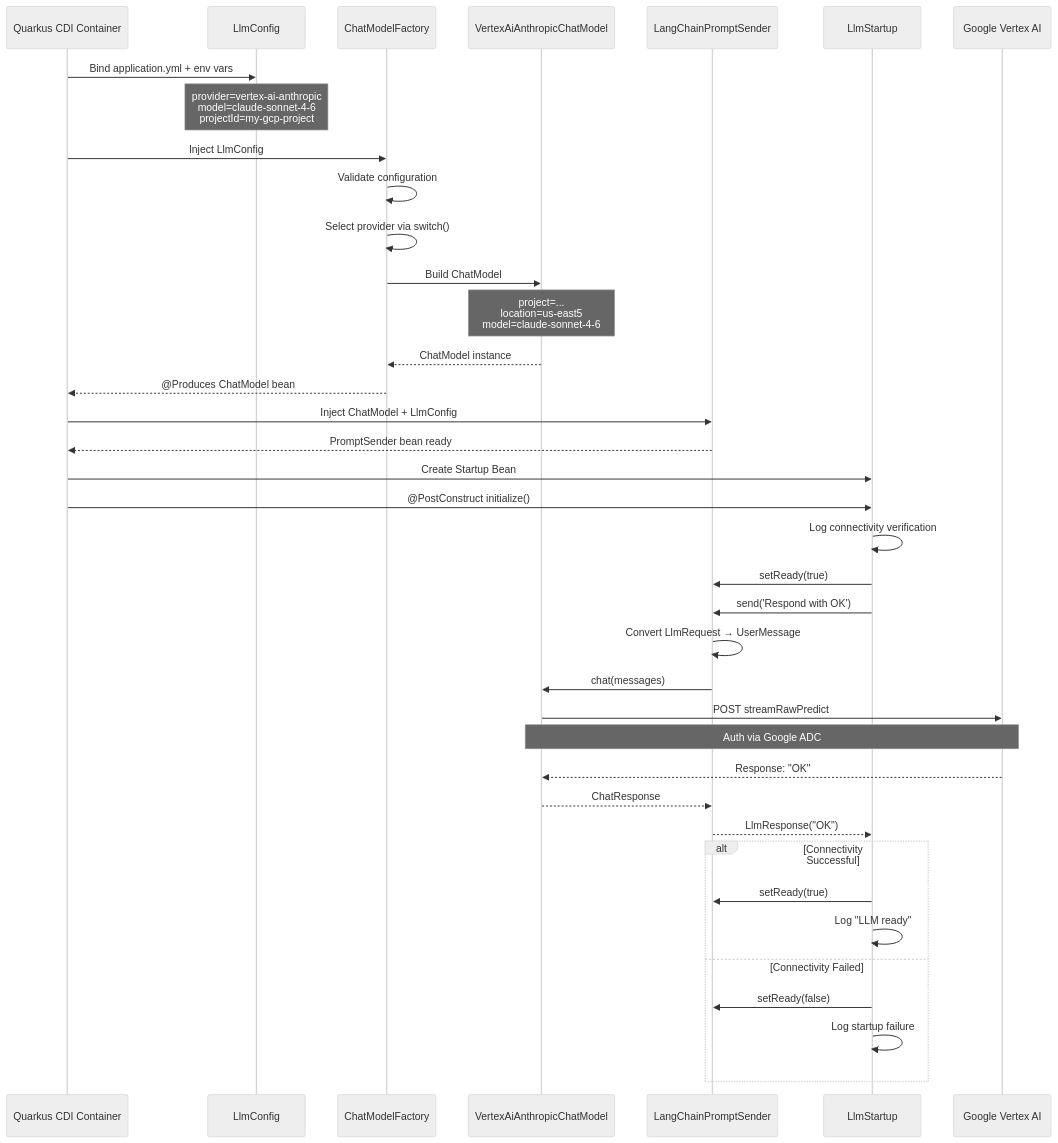
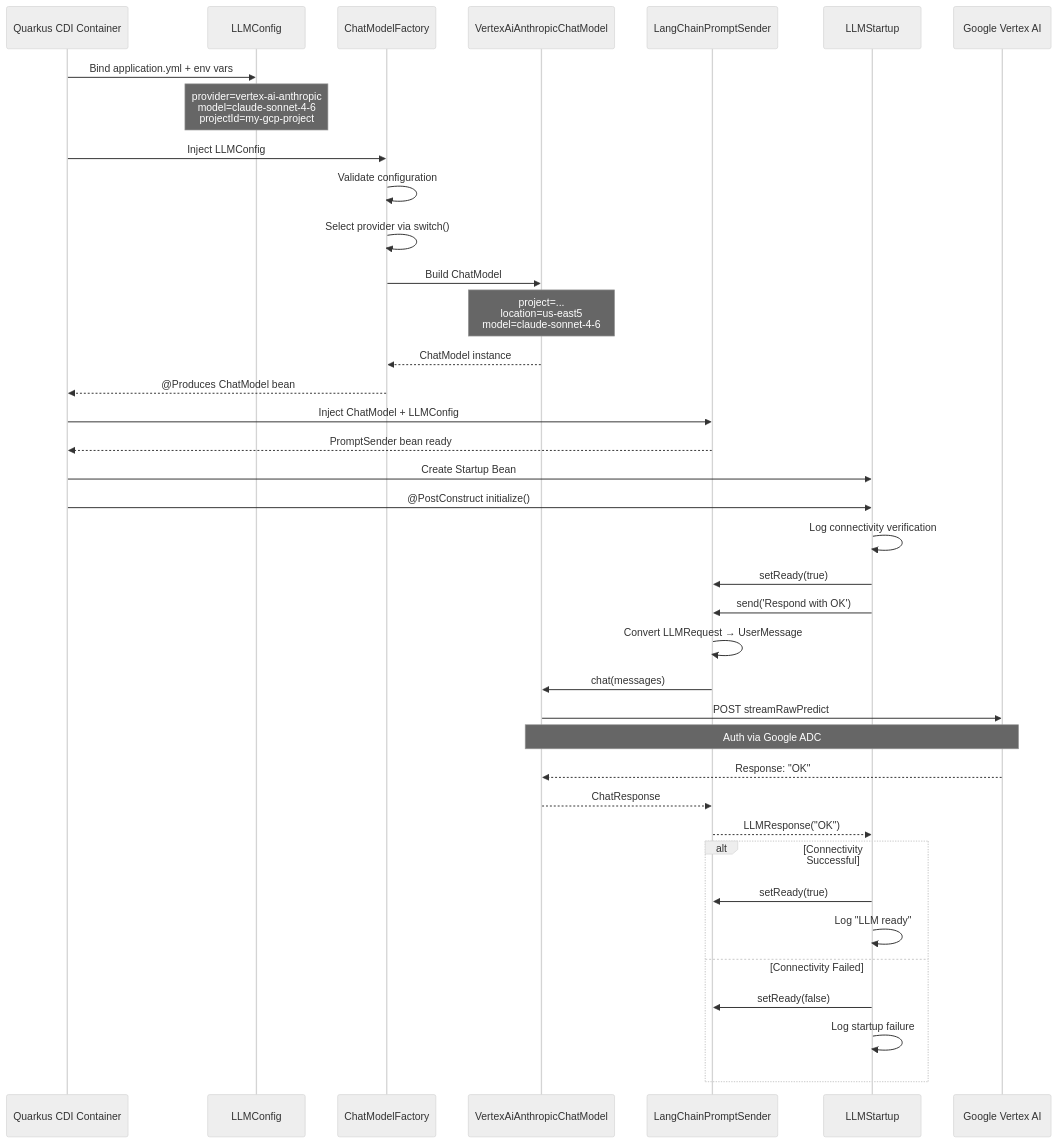
One commit to shekhar316/causa-backend changed the second of 3 diagrams in docs/architecture/llm-module.md. Above: the diagram before and after it, drawn with Mermaid (neutral theme). The commit also changed other lines of this file and 15 other files, not shown here.

````diff
--- a/docs/architecture/llm-module.md
+++ b/docs/architecture/llm-module.md
@@ -81,57 +81,57 @@
 ```mermaid
 sequenceDiagram
     participant Q as Quarkus CDI Container
-    participant C as LlmConfig
+    participant C as LLMConfig
     participant F as ChatModelFactory
     participant M as VertexAiAnthropicChatModel
     participant P as LangChainPromptSender
-    participant S as LlmStartup
+    participant S as LLMStartup
     participant V as Google Vertex AI
 
     Q->>C: Bind application.yml + env vars
     Note over C: provider=vertex-ai-anthropic<br/>model=claude-sonnet-4-6<br/>projectId=my-gcp-project
 
-    Q->>F: Inject LlmConfig
+    Q->>F: Inject LLMConfig
 
     F->>F: Validate configuration
     F->>F: Select provider via switch()
 
     F->>M: Build ChatModel
     Note over M: project=...<br/>location=us-east5<br/>model=claude-sonnet-4-6
 
     M-->>F: ChatModel instance
     F-->>Q: @Produces ChatModel bean
 
-    Q->>P: Inject ChatModel + LlmConfig
+    Q->>P: Inject ChatModel + LLMConfig
     P-->>Q: PromptSender bean ready
 
     Q->>S: Create Startup Bean
     Q->>S: @PostConstruct initialize()
 
     S->>S: Log connectivity verification
 
     S->>P: setReady(true)
 
     S->>P: send('Respond with OK')
 
-    P->>P: Convert LlmRequest → UserMessage
+    P->>P: Convert LLMRequest → UserMessage
 
     P->>M: chat(messages)
 
     M->>V: POST streamRawPredict
     Note over M,V: Auth via Google ADC
 
     V-->>M: Response: "OK"
 
     M-->>P: ChatResponse
 
-    P-->>S: LlmResponse("OK")
+    P-->>S: LLMResponse("OK")
 
     alt Connectivity Successful
         S->>P: setReady(true)
         S->>S: Log "LLM ready"
     else Connectivity Failed
         S->>P: setReady(false)
         S->>S: Log startup failure
     end
 ```
````
